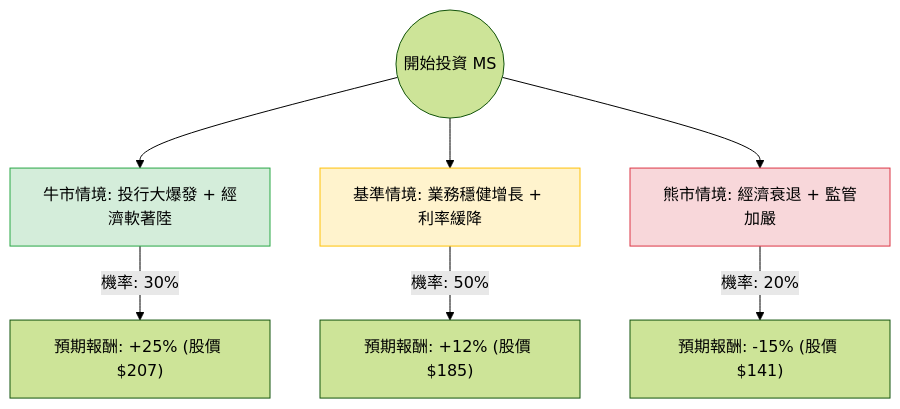
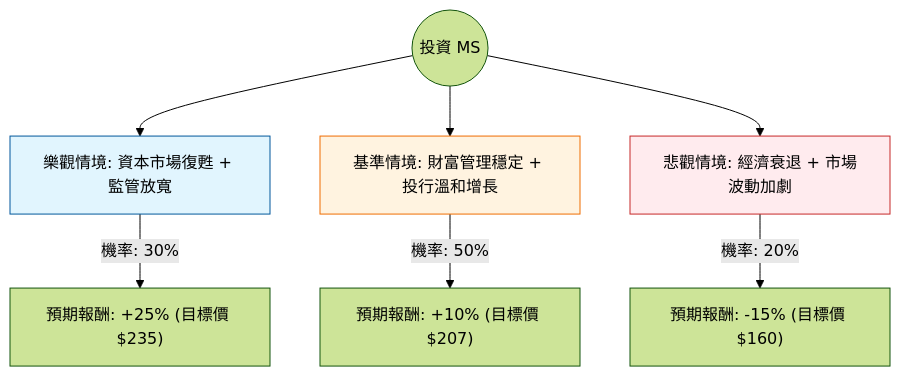
The diagram in plugin-react/ai-analysis/ev-analysis/MS.md (zmcx16/zmcx16.github.io), drawn with Mermaid (forest theme) before and after one commit. The commit also changed other lines of this file and 81 other files, not shown here.

````diff
--- a/plugin-react/ai-analysis/ev-analysis/MS.md
+++ b/plugin-react/ai-analysis/ev-analysis/MS.md
@@ -20,14 +9,14 @@
 ```mermaid
 graph TD
-    Start((開始投資 MS)) --> Bull[牛市情境: 投行大爆發 + 經濟軟著陸]
-    Start --> Base[基準情境: 業務穩健增長 + 利率緩降]
-    Start --> Bear[熊市情境: 經濟衰退 + 監管加嚴]
+    Start((投資 MS)) --> Bull[樂觀情境: 資本市場復甦 + 監管放寬]
+    Start --> Base[基準情境: 財富管理穩定 + 投行溫和增長]
+    Start --> Bear[悲觀情境: 經濟衰退 + 市場波動加劇]
 
-    Bull -- "機率: 30%" --> BullResult["預期報酬: +25% (股價 $207)"]
-    Base -- "機率: 50%" --> BaseResult["預期報酬: +12% (股價 $185)"]
-    Bear -- "機率: 20%" --> BearResult["預期報酬: -15% (股價 $141)"]
+    Bull -- "機率: 30%" --> BullVal["預期報酬: +25% (目標價 $235)"]
+    Base -- "機率: 50%" --> BaseVal["預期報酬: +10% (目標價 $207)"]
+    Bear -- "機率: 20%" --> BearVal["預期報酬: -15% (目標價 $160)"]
 
-    style Bull fill:#d4edda,stroke:#28a745
-    style Base fill:#fff3cd,stroke:#ffc107
-    style Bear fill:#f8d7da,stroke:#dc3545
+    style Bull fill:#e1f5fe,stroke:#01579b
+    style Base fill:#fff3e0,stroke:#ef6c00
+    style Bear fill:#ffebee,stroke:#c62828
 ```
````
